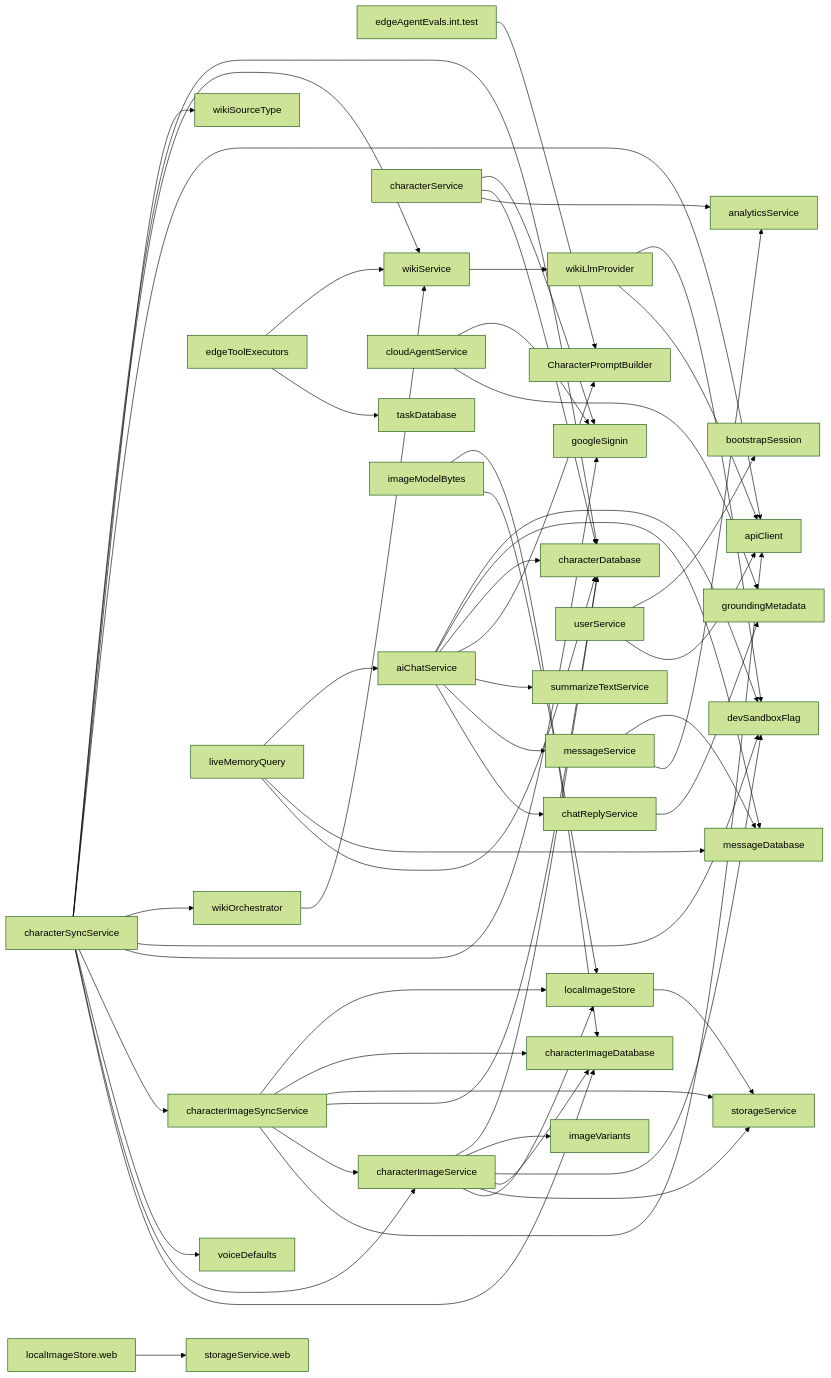
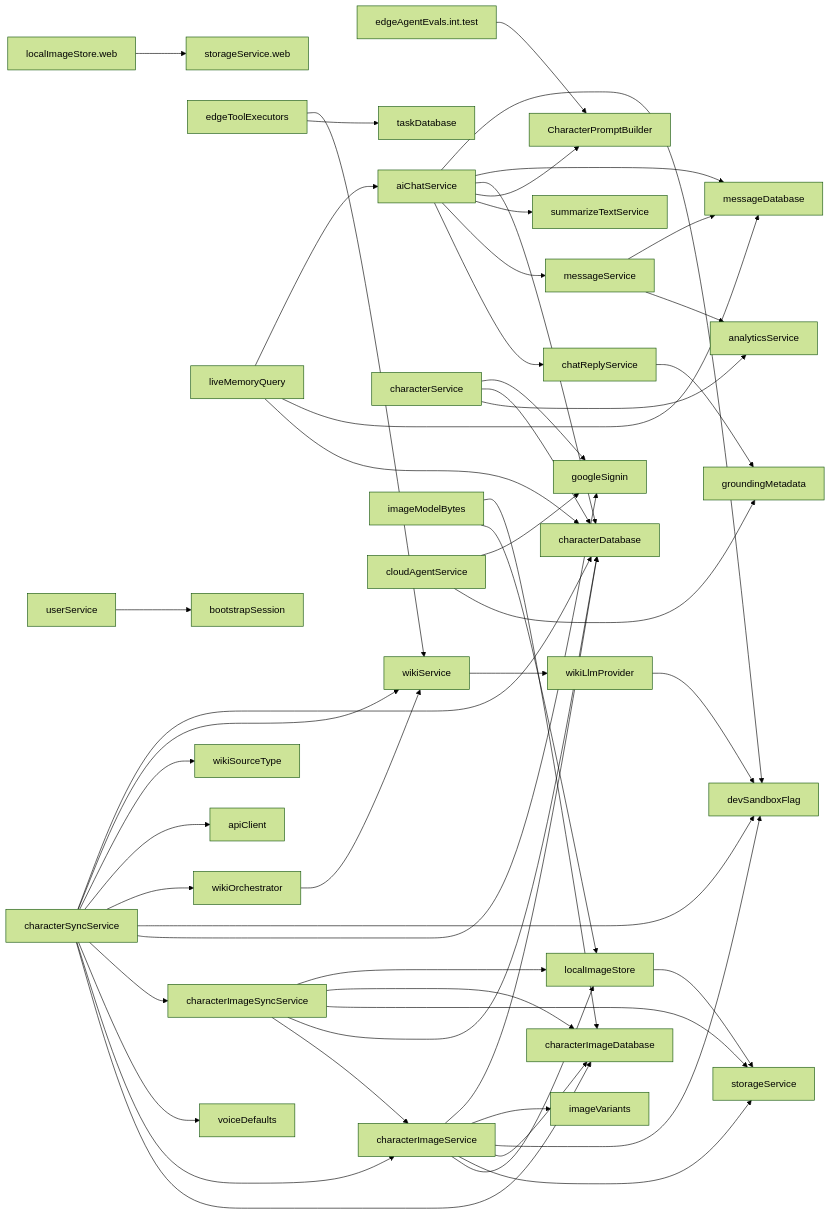
Before and after one commit to equationalapplications/clanker: the diagram in docs/flowcharts/SERVICES.md, drawn with Mermaid (forest theme). The commit also changed 3 other files, not shown here.

Commit message:
chore(seo): regenerate flowcharts and tighten FAQ heading margins

````diff
--- a/docs/flowcharts/SERVICES.md
+++ b/docs/flowcharts/SERVICES.md
@@ -5,57 +5,54 @@
 ```mermaid
 graph LR
   edgeAgentEvals.int.test --> CharacterPromptBuilder
   aiChatService --> devSandboxFlag
   aiChatService --> messageDatabase
   aiChatService --> characterDatabase
   aiChatService --> CharacterPromptBuilder
   aiChatService --> summarizeTextService
   aiChatService --> messageService
   aiChatService --> chatReplyService
   characterImageService --> characterDatabase
   characterImageService --> imageVariants
   characterImageService --> devSandboxFlag
   characterImageService --> characterImageDatabase
   characterImageService --> storageService
   characterImageService --> localImageStore
   characterImageSyncService --> localImageStore
   characterImageSyncService --> characterImageDatabase
   characterImageSyncService --> storageService
   characterImageSyncService --> characterDatabase
   characterImageSyncService --> characterImageService
-  characterImageSyncService --> apiClient
   characterService --> googleSignin
   characterService --> characterDatabase
   characterService --> analyticsService
-  characterSyncService --> characterDatabase
-  characterSyncService --> wikiService
-  characterSyncService --> wikiSourceType
-  characterSyncService --> apiClient
-  characterSyncService --> wikiOrchestrator
-  characterSyncService --> devSandboxFlag
-  characterSyncService --> googleSignin
-  characterSyncService --> characterImageSyncService
-  characterSyncService --> voiceDefaults
-  characterSyncService --> characterImageService
-  characterSyncService --> characterImageDatabase
   chatReplyService --> groundingMetadata
-  cloudAgentService --> googleSignin
-  cloudAgentService --> groundingMetadata
   edgeToolExecutors --> wikiService
   edgeToolExecutors --> taskDatabase
   imageModelBytes --> characterImageDatabase
   imageModelBytes --> localImageStore
   liveMemoryQuery --> aiChatService
   liveMemoryQuery --> messageDatabase
   liveMemoryQuery --> characterDatabase
   localImageStore --> storageService
   localImageStore.web --> storageService.web
   messageService --> messageDatabase
   messageService --> analyticsService
   userService --> bootstrapSession
-  userService --> apiClient
   wikiLlmProvider --> devSandboxFlag
-  wikiLlmProvider --> apiClient
   wikiOrchestrator --> wikiService
   wikiService --> wikiLlmProvider
+  characterSyncService --> characterDatabase
+  characterSyncService --> wikiService
+  characterSyncService --> wikiSourceType
+  characterSyncService --> apiClient
+  characterSyncService --> wikiOrchestrator
+  characterSyncService --> devSandboxFlag
+  characterSyncService --> googleSignin
+  characterSyncService --> characterImageSyncService
+  characterSyncService --> voiceDefaults
+  characterSyncService --> characterImageService
+  characterSyncService --> characterImageDatabase
+  cloudAgentService --> googleSignin
+  cloudAgentService --> groundingMetadata
 ```
````
